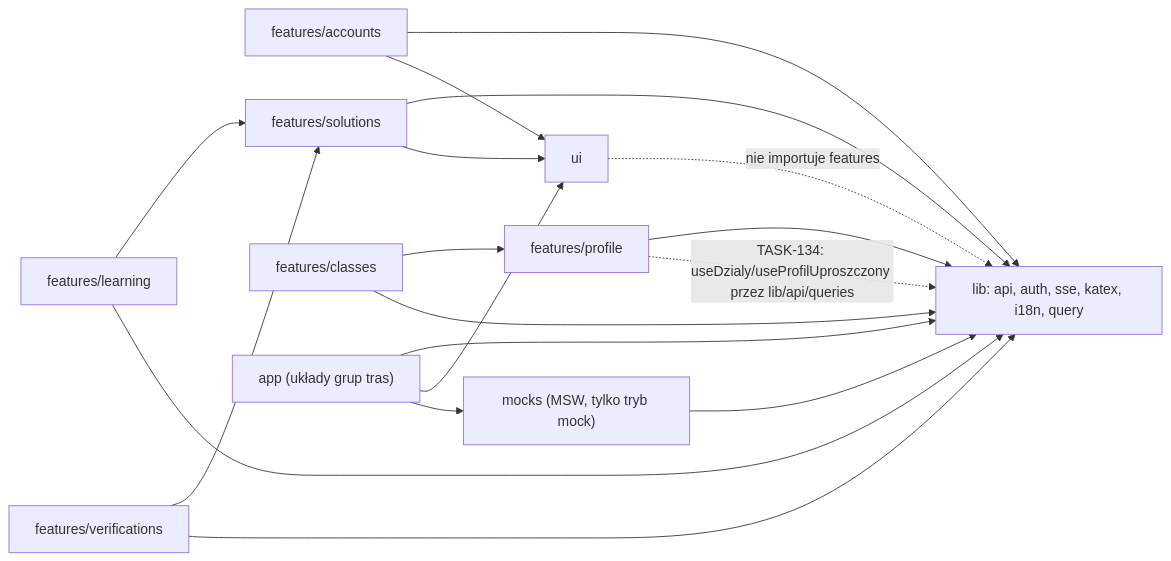
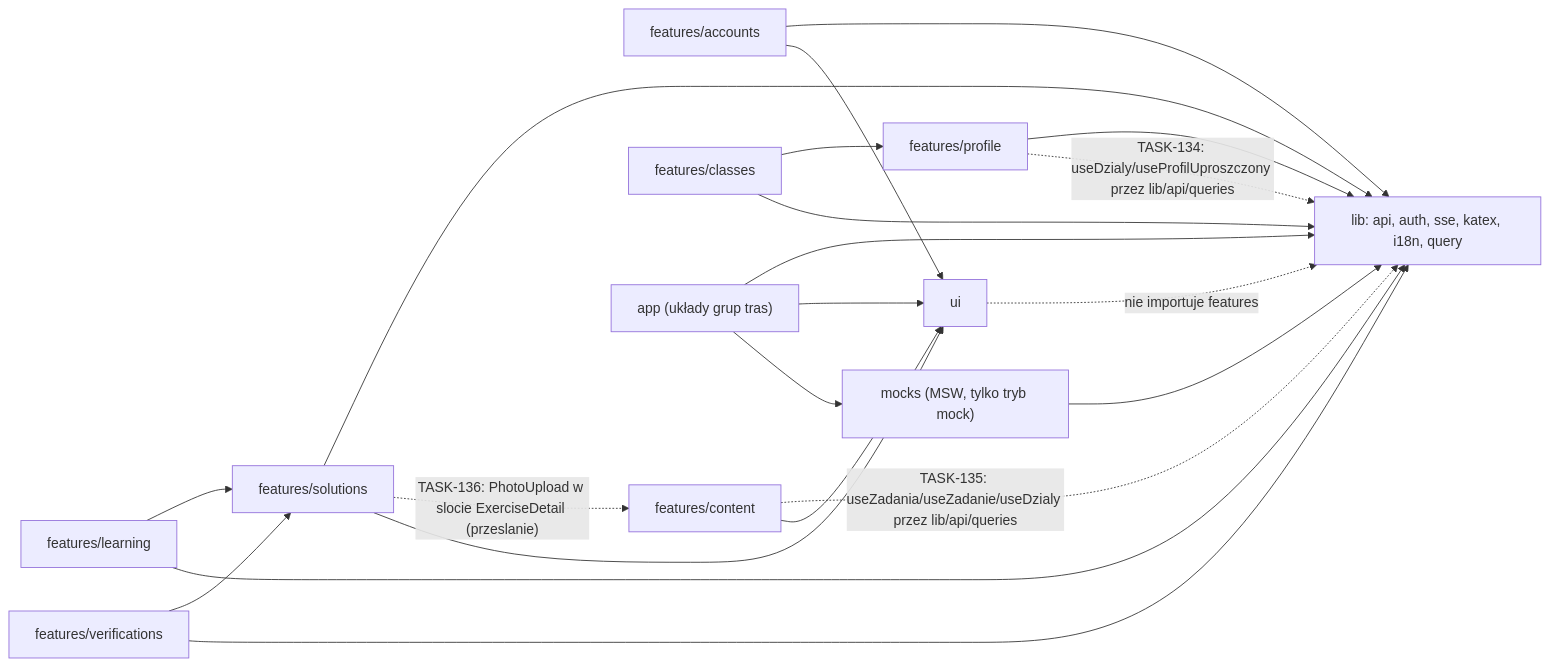
The fourth of 4 diagrams in docs/CODEBASE_MAP.md (misterekkk/lemat), drawn with Mermaid before and after one commit. The commit also changed other lines of this file and 10 other files, not shown here.

First line of the commit message:
feat(TASK-135): exercise list with chapter filter and exercise detail with KaTeX + updated codebase map & handoff

````diff
--- a/docs/CODEBASE_MAP.md
+++ b/docs/CODEBASE_MAP.md
@@ -271,30 +272,34 @@
 ```mermaid
 flowchart LR
     ACC["features/accounts"]
     LRN["features/learning"]
     SOL["features/solutions"]
     PRF["features/profile"]
+    CNT["features/content"]
     CLS["features/classes"]
     VER["features/verifications"]
     LIB["lib: api, auth, sse, katex, i18n, query"]
     MCK["mocks (MSW, tylko tryb mock)"]
     UI["ui"]
     APP["app (układy grup tras)"]
     APP --> LIB
     APP --> UI
     APP --> MCK
     MCK --> LIB
     LRN --> SOL
     CLS --> PRF
     VER --> SOL
     ACC --> LIB
     LRN --> LIB
     SOL --> LIB
     PRF --> LIB
     ACC --> UI
     PRF -. "TASK-134: useDzialy/useProfilUproszczony przez lib/api/queries" .-> LIB
+    CNT -. "TASK-135: useZadania/useZadanie/useDzialy przez lib/api/queries" .-> LIB
+    CNT --> UI
+    SOL -. "TASK-136: PhotoUpload w slocie ExerciseDetail (przeslanie)" .-> CNT
     CLS --> LIB
     VER --> LIB
     SOL --> UI
     UI -. "nie importuje features" .-> LIB
 ```
````
